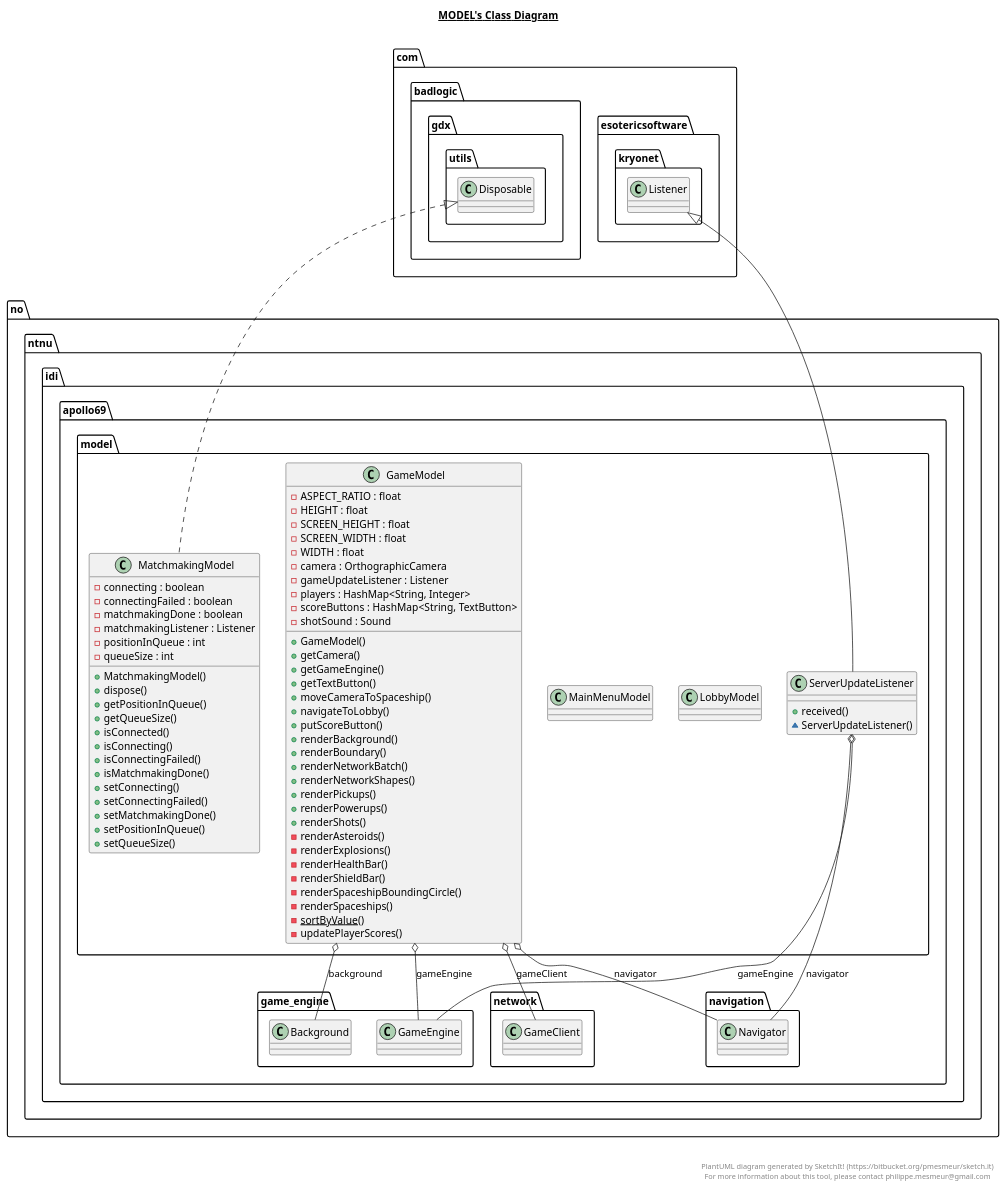
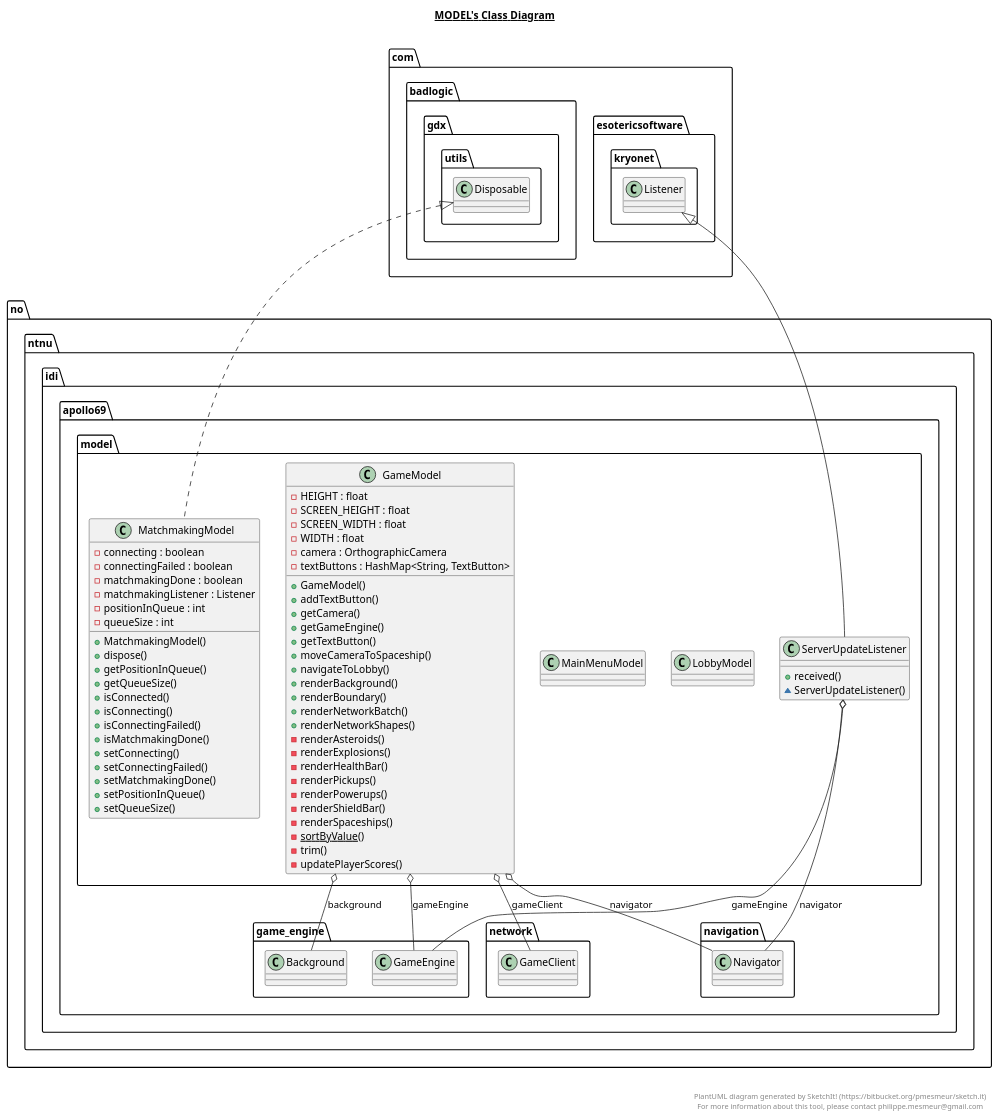
The diagram in core/src/no/ntnu/idi/apollo69/model/model.plantuml (GardSteinsvik/apollo-69), drawn with PlantUML before and after one commit. The commit also changed 11 other files, not shown here.

Commit message:
UML updated

```diff
--- a/core/src/no/ntnu/idi/apollo69/model/model.plantuml
+++ b/core/src/no/ntnu/idi/apollo69/model/model.plantuml
@@ -1,115 +1,110 @@
 @startuml
 
 title __MODEL's Class Diagram__\n
 
   namespace no.ntnu.idi.apollo69 {
     namespace model {
       class no.ntnu.idi.apollo69.model.GameModel {
-          - ASPECT_RATIO : float
           - HEIGHT : float
           - SCREEN_HEIGHT : float
           - SCREEN_WIDTH : float
           - WIDTH : float
           - camera : OrthographicCamera
-          - gameUpdateListener : Listener
-          - players : HashMap<String, Integer>
-          - scoreButtons : HashMap<String, TextButton>
-          - shotSound : Sound
+          - textButtons : HashMap<String, TextButton>
           + GameModel()
+          + addTextButton()
           + getCamera()
           + getGameEngine()
           + getTextButton()
           + moveCameraToSpaceship()
           + navigateToLobby()
-          + putScoreButton()
           + renderBackground()
           + renderBoundary()
           + renderNetworkBatch()
           + renderNetworkShapes()
-          + renderPickups()
-          + renderPowerups()
-          + renderShots()
           - renderAsteroids()
           - renderExplosions()
           - renderHealthBar()
+          - renderPickups()
+          - renderPowerups()
           - renderShieldBar()
-          - renderSpaceshipBoundingCircle()
           - renderSpaceships()
           {static} - sortByValue()
+          - trim()
           - updatePlayerScores()
       }
     }
   }
   
 
   namespace no.ntnu.idi.apollo69 {
     namespace model {
       class no.ntnu.idi.apollo69.model.LobbyModel {
       }
     }
   }
   
 
   namespace no.ntnu.idi.apollo69 {
     namespace model {
       class no.ntnu.idi.apollo69.model.MainMenuModel {
       }
     }
   }
   
 
   namespace no.ntnu.idi.apollo69 {
     namespace model {
       class no.ntnu.idi.apollo69.model.MatchmakingModel {
           - connecting : boolean
           - connectingFailed : boolean
           - matchmakingDone : boolean
           - matchmakingListener : Listener
           - positionInQueue : int
           - queueSize : int
           + MatchmakingModel()
           + dispose()
           + getPositionInQueue()
           + getQueueSize()
           + isConnected()
           + isConnecting()
           + isConnectingFailed()
           + isMatchmakingDone()
           + setConnecting()
           + setConnectingFailed()
           + setMatchmakingDone()
           + setPositionInQueue()
           + setQueueSize()
       }
     }
   }
   
 
   namespace no.ntnu.idi.apollo69 {
     namespace model {
       class no.ntnu.idi.apollo69.model.ServerUpdateListener {
           + received()
           ~ ServerUpdateListener()
       }
     }
   }
   
 
   no.ntnu.idi.apollo69.model.GameModel o-- no.ntnu.idi.apollo69.game_engine.Background : background
   no.ntnu.idi.apollo69.model.GameModel o-- no.ntnu.idi.apollo69.network.GameClient : gameClient
   no.ntnu.idi.apollo69.model.GameModel o-- no.ntnu.idi.apollo69.game_engine.GameEngine : gameEngine
   no.ntnu.idi.apollo69.model.GameModel o-- no.ntnu.idi.apollo69.navigation.Navigator : navigator
   no.ntnu.idi.apollo69.model.MatchmakingModel .up.|> com.badlogic.gdx.utils.Disposable
   no.ntnu.idi.apollo69.model.ServerUpdateListener -up-|> com.esotericsoftware.kryonet.Listener
   no.ntnu.idi.apollo69.model.ServerUpdateListener o-- no.ntnu.idi.apollo69.game_engine.GameEngine : gameEngine
   no.ntnu.idi.apollo69.model.ServerUpdateListener o-- no.ntnu.idi.apollo69.navigation.Navigator : navigator
 
 
 right footer
 
 
 PlantUML diagram generated by SketchIt! (https://bitbucket.org/pmesmeur/sketch.it)
 For more information about this tool, please contact philippe.mesmeur@gmail.com
 endfooter
 
 @enduml
```
